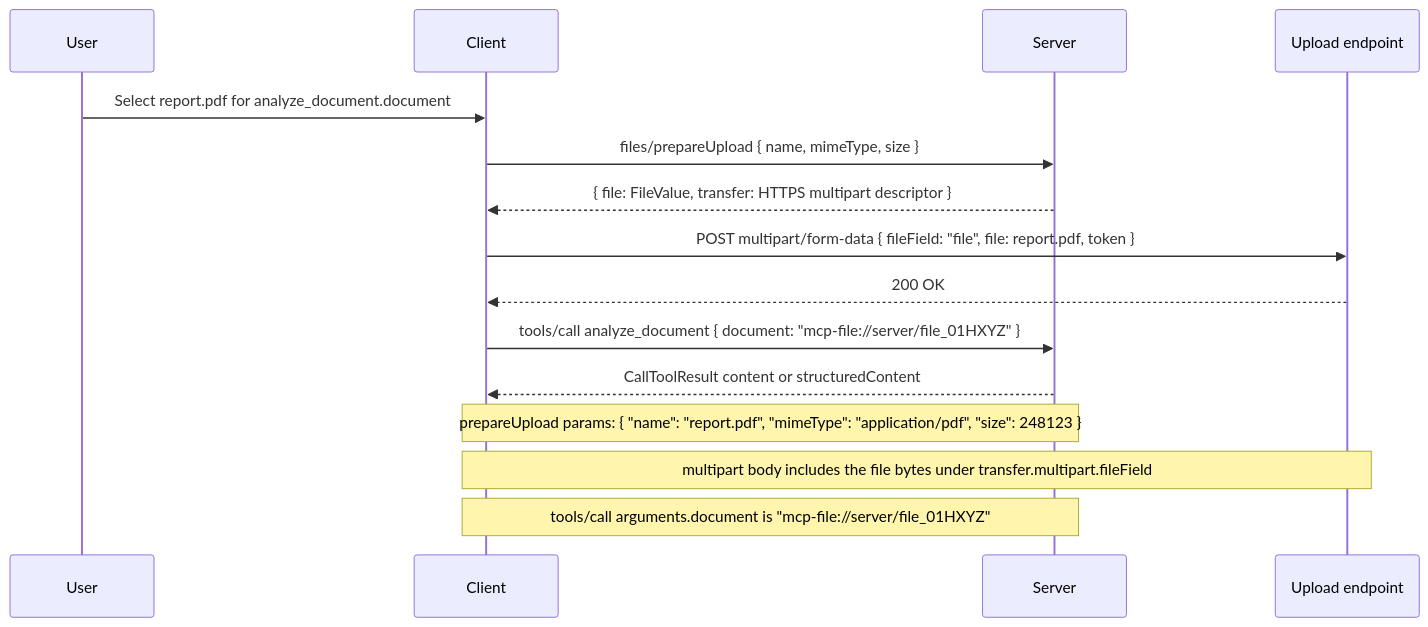
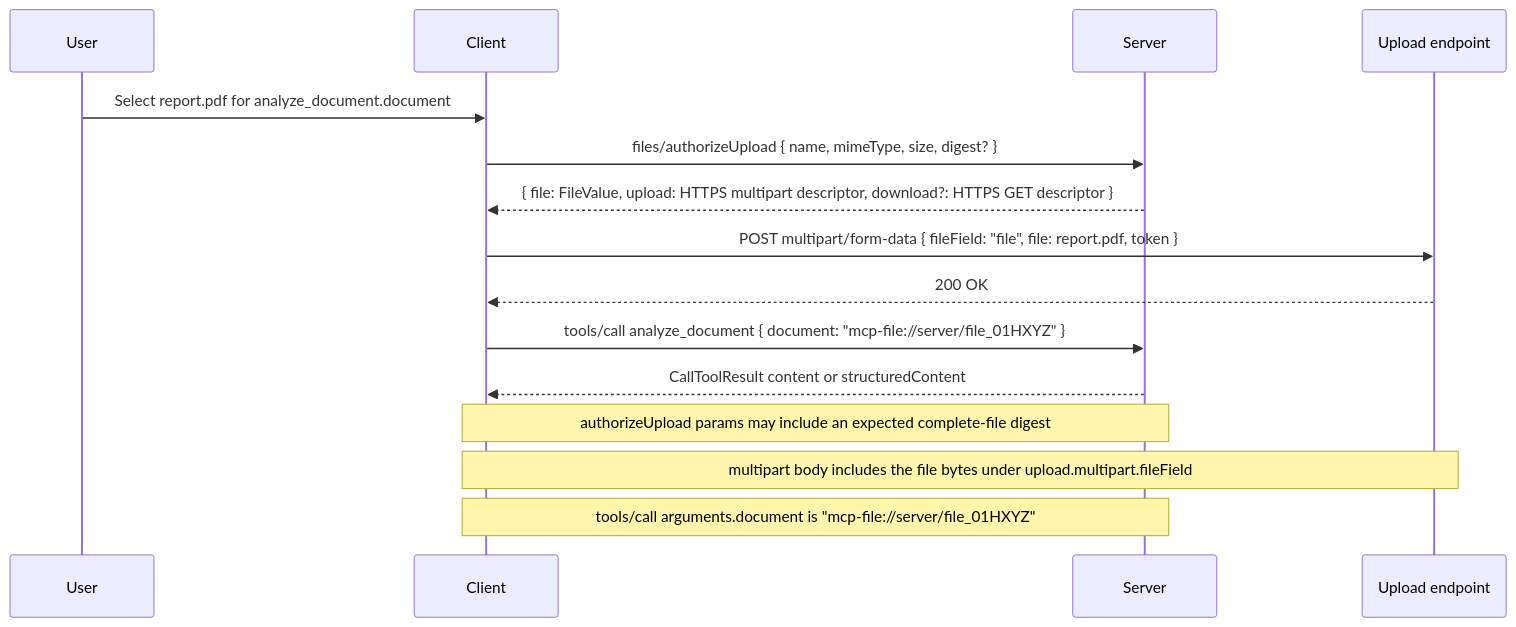
Before and after one commit to modelcontextprotocol/modelcontextprotocol: the diagram in docs/seps/2631-file-objects-and-transfer.mdx, drawn with Mermaid. The commit also changed other lines of this file and 5 other files, not shown here.

````diff
--- a/docs/seps/2631-file-objects-and-transfer.mdx
+++ b/docs/seps/2631-file-objects-and-transfer.mdx
@@ -447,19 +509,19 @@
 ```mermaid
 sequenceDiagram
     participant User
     participant Client
     participant Server
     participant Upload as Upload endpoint
 
     User->>Client: Select report.pdf for analyze_document.document
-    Client->>Server: files/prepareUpload { name, mimeType, size }
-    Server-->>Client: { file: FileValue, transfer: HTTPS multipart descriptor }
+    Client->>Server: files/authorizeUpload { name, mimeType, size, digest? }
+    Server-->>Client: { file: FileValue, upload: HTTPS multipart descriptor, download?: HTTPS GET descriptor }
     Client->>Upload: POST multipart/form-data { fileField: "file", file: report.pdf, token }
     Upload-->>Client: 200 OK
     Client->>Server: tools/call analyze_document { document: "mcp-file://server/file_01HXYZ" }
     Server-->>Client: CallToolResult content or structuredContent
 
-    Note over Client,Server: prepareUpload params: { "name": "report.pdf", "mimeType": "application/pdf", "size": 248123 }
-    Note over Client,Upload: multipart body includes the file bytes under transfer.multipart.fileField
+    Note over Client,Server: authorizeUpload params may include an expected complete-file digest
+    Note over Client,Upload: multipart body includes the file bytes under upload.multipart.fileField
     Note over Client,Server: tools/call arguments.document is "mcp-file://server/file_01HXYZ"
 ```
````
